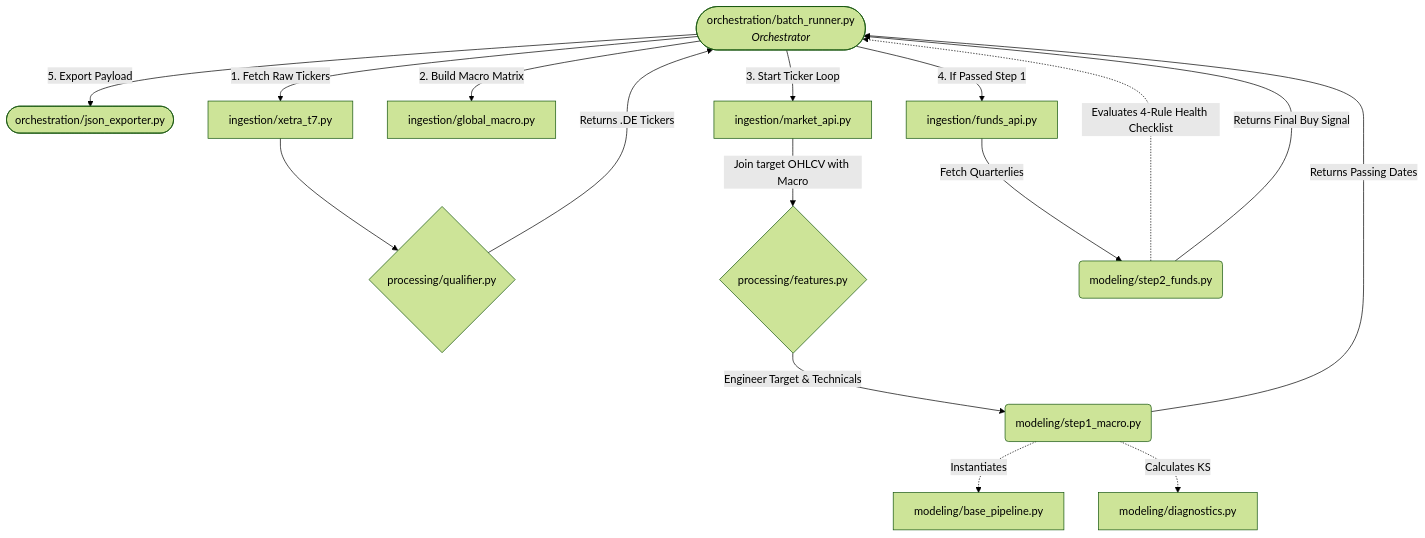
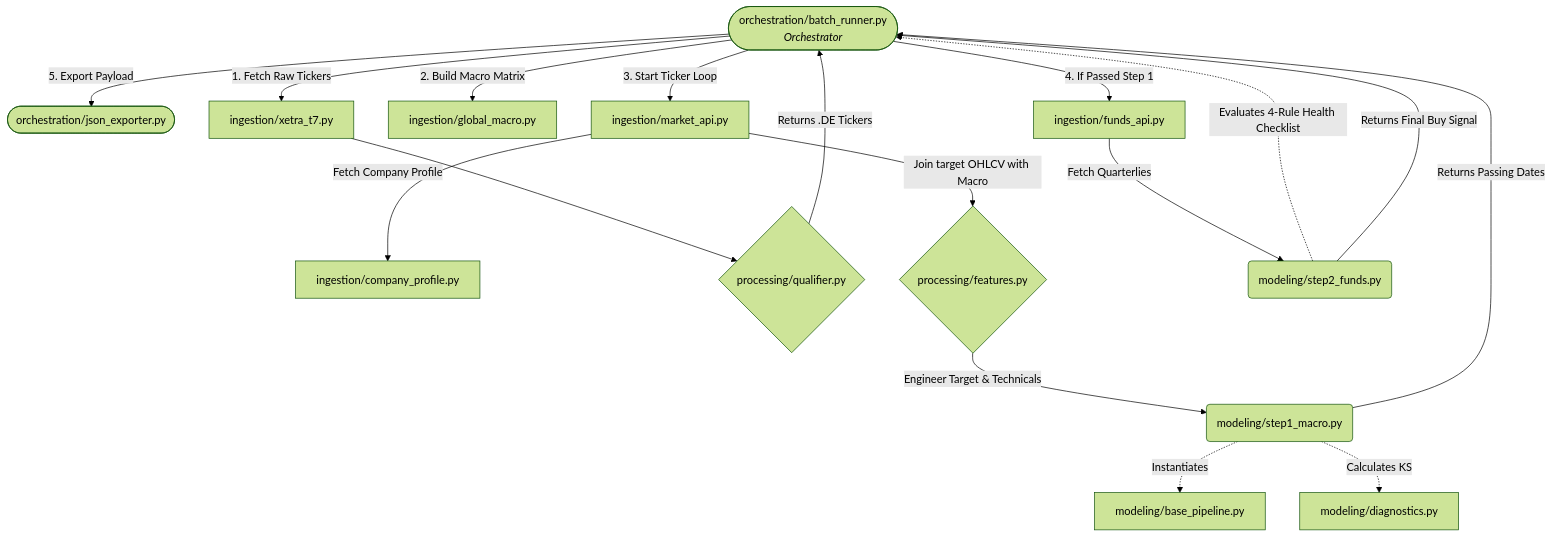
One commit to kleinnconrad/stock-predictor changed the diagram in src/README.md. Above: the diagram before and after it, drawn with Mermaid (forest theme). The commit also changed other lines of this file and 5 other files, not shown here.

Commit message:
feat: implement core prediction engine with Gemini-powered profile ingestion and batch orchestration workflows

````diff
--- a/src/README.md
+++ b/src/README.md
@@ -14,45 +14,47 @@
 ```mermaid
 graph TD
     %% Orchestration Layer
     BR([orchestration/batch_runner.py<br/><i>Orchestrator</i>])
     JE([orchestration/json_exporter.py])
 
     %% Ingestion Layer
     T7[ingestion/xetra_t7.py]
     GM[ingestion/global_macro.py]
     MA[ingestion/market_api.py]
     FA[ingestion/funds_api.py]
+    CP[ingestion/company_profile.py]
 
     %% Processing Layer
     QUAL{processing/qualifier.py}
     FEAT{processing/features.py}
 
     %% Modeling Layer
     BP[modeling/base_pipeline.py]
     DIAG[modeling/diagnostics.py]
     S1(modeling/step1_macro.py)
     S2(modeling/step2_funds.py)
 
     %% Flow Mapping
     BR -->|1. Fetch Raw Tickers| T7
     T7 --> QUAL
     QUAL -->|Returns .DE Tickers| BR
 
     BR -->|2. Build Macro Matrix| GM
 
     BR -->|3. Start Ticker Loop| MA
+    MA -->|Fetch Company Profile| CP
     MA -->|Join target OHLCV with Macro| FEAT
     FEAT -->|Engineer Target & Technicals| S1
     
     S1 -.->|Instantiates| BP
     S1 -.->|Calculates KS| DIAG
     S1 -->|Returns Passing Dates| BR
 
     BR -->|4. If Passed Step 1| FA
     FA -->|Fetch Quarterlies| S2
     
     S2 -.->|Evaluates 4-Rule Health Checklist| BR
     S2 -->|Returns Final Buy Signal| BR
 
     BR -->|5. Export Payload| JE
 ```
````
